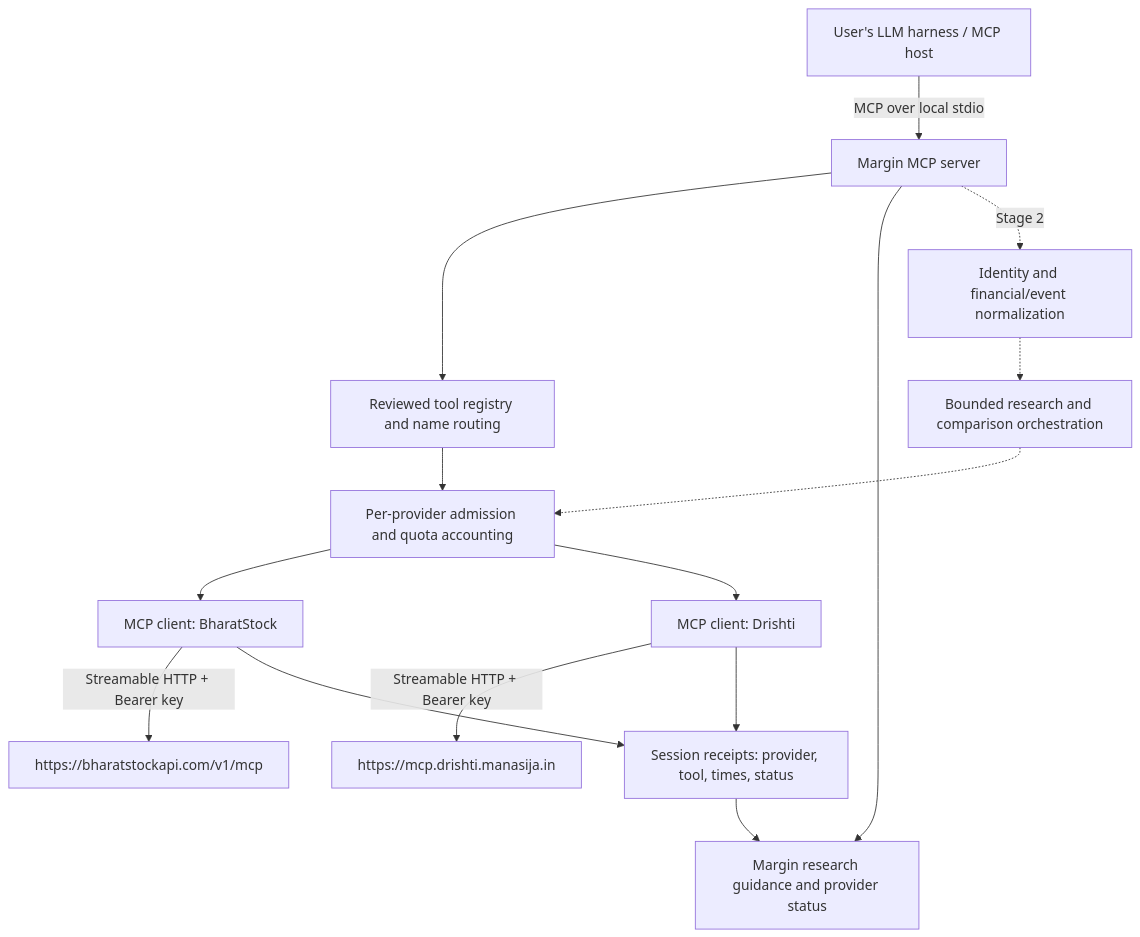
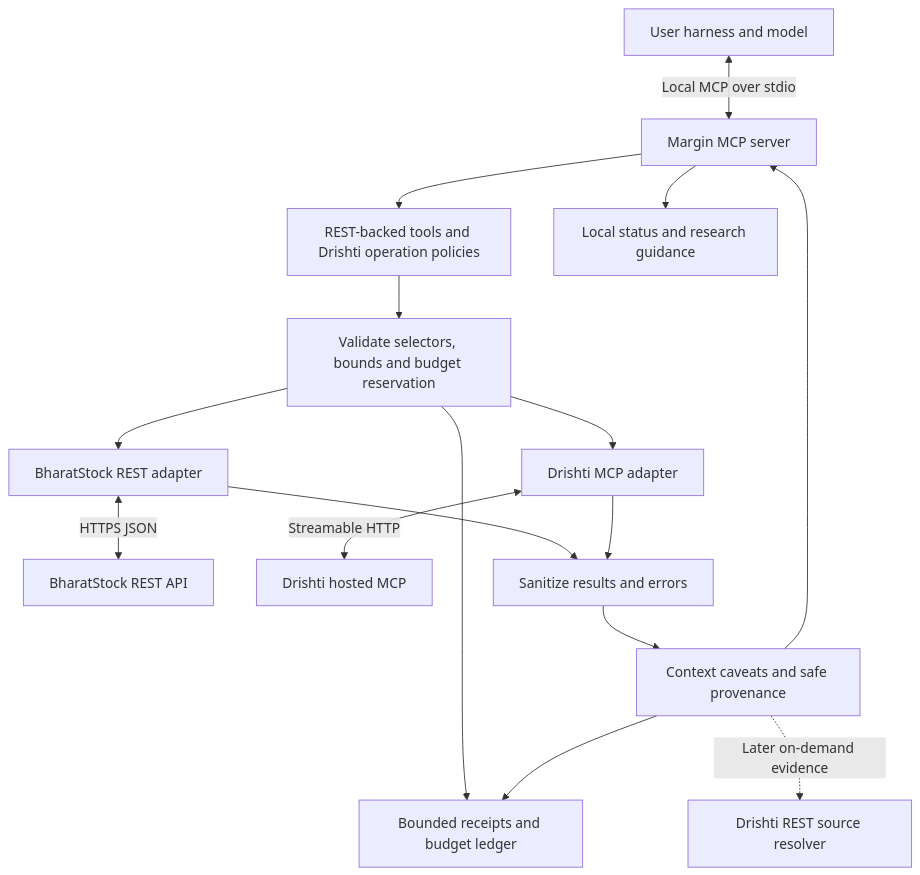
Before and after one commit to rishitttt/margin-mcp: the diagram in docs/design/mcp-aggregation.md, drawn with Mermaid. The commit also changed other lines of this file and 47 other files, not shown here.

````diff
--- a/docs/design/mcp-aggregation.md
+++ b/docs/design/mcp-aggregation.md
@@ -26,17 +47,18 @@
 ```mermaid
-flowchart TB
-    H[User's LLM harness / MCP host] -->|MCP over local stdio| G[Margin MCP server]
-    G --> R[Reviewed tool registry and name routing]
-    G --> P[Margin research guidance and provider status]
-    R --> Q[Per-provider admission and quota accounting]
-    Q --> B[MCP client: BharatStock]
-    Q --> D[MCP client: Drishti]
-    B -->|Streamable HTTP + Bearer key| BU[https://bharatstockapi.com/v1/mcp]
-    D -->|Streamable HTTP + Bearer key| DU[https://mcp.drishti.manasija.in]
-    B --> E[Session receipts: provider, tool, times, status]
-    D --> E
-    E --> P
-    G -. Stage 2 .-> N[Identity and financial/event normalization]
-    N -.-> O[Bounded research and comparison orchestration]
-    O -.-> Q
+flowchart TD
+    H[User harness and model] <-->|Local MCP over stdio| S[Margin MCP server]
+    S --> R[REST-backed tools and Drishti operation policies]
+    R --> A[Validate selectors, bounds and budget reservation]
+    A --> B[BharatStock REST adapter]
+    A --> D[Drishti MCP adapter]
+    B <-->|HTTPS JSON| BM[BharatStock REST API]
+    D <-->|Streamable HTTP| DM[Drishti hosted MCP]
+    B --> X[Sanitize results and errors]
+    D --> X
+    X --> C[Context caveats and safe provenance]
+    C --> S
+    A --> L[Bounded receipts and budget ledger]
+    C --> L
+    S --> G[Local status and research guidance]
+    C -. Later on-demand evidence .-> E[Drishti REST source resolver]
 ```
````
